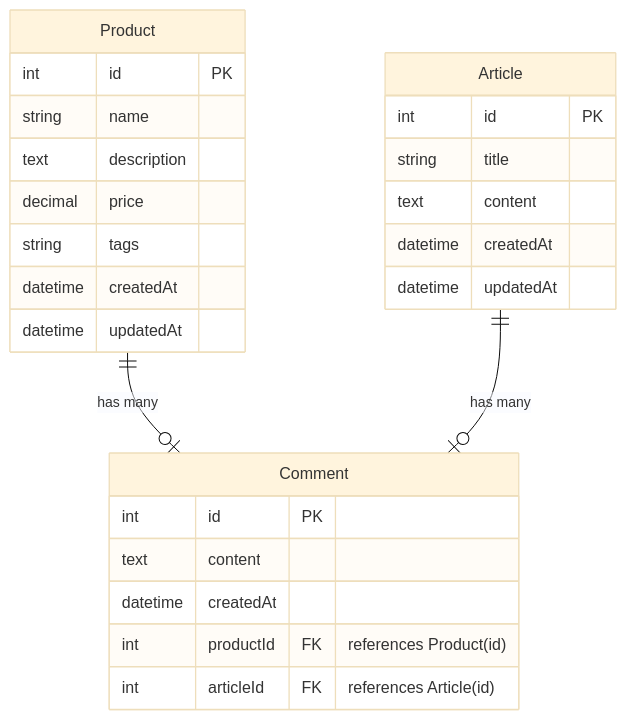
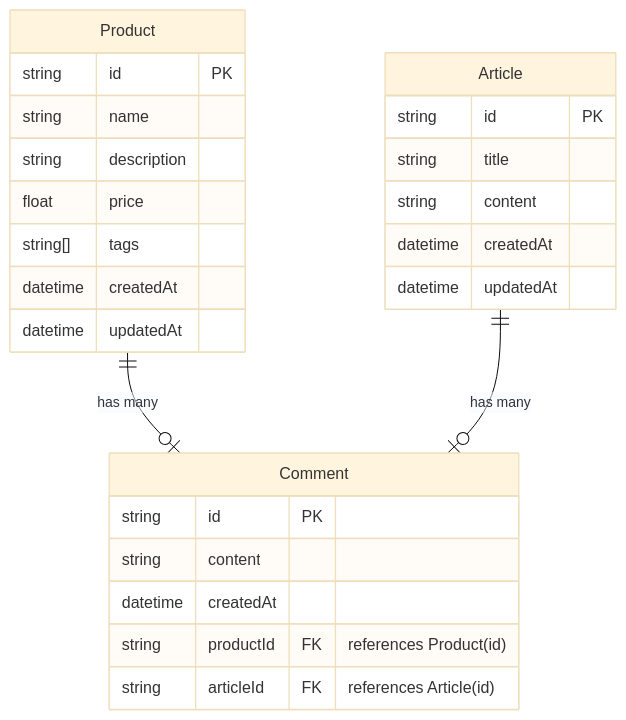
Before and after one commit to funfungun/2-sprint-mission: the diagram in README.md, drawn with Mermaid (base theme).

Commit message:
docs: mermaid fix

````diff
--- a/README.md
+++ b/README.md
@@ -3,31 +3,31 @@
 ```mermaid
 erDiagram
-Product {
-int id PK
-string name
-text description
-decimal price
-string tags
-datetime createdAt
-datetime updatedAt
-}
+    Product {
+        string id PK
+        string name
+        string description
+        float price
+        string[] tags
+        datetime createdAt
+        datetime updatedAt
+    }
 
     Article {
-        int id PK
+        string id PK
         string title
-        text content
+        string content
         datetime createdAt
         datetime updatedAt
     }
 
     Comment {
-        int id PK
-        text content
+        string id PK
+        string content
         datetime createdAt
-        int productId FK "references Product(id)"
-        int articleId FK "references Article(id)"
+        string productId FK "references Product(id)"
+        string articleId FK "references Article(id)"
     }
 
     Product ||--o| Comment: "has many"
     Article ||--o| Comment: "has many"
 ```
````
